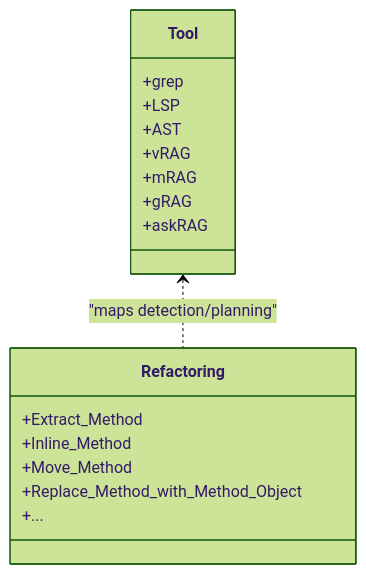
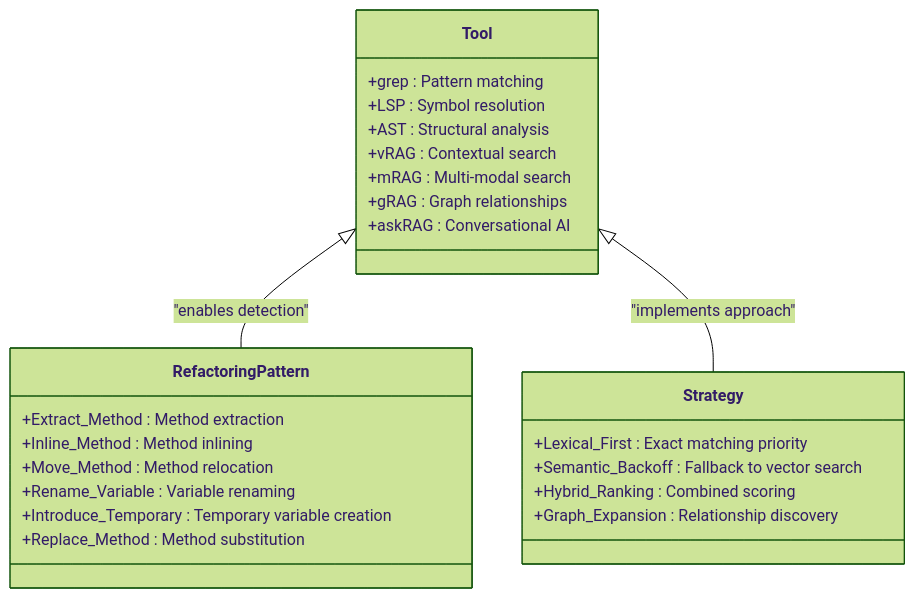
Before and after one commit to NcitDev/ragsystem: the sixth of 8 diagrams in docs/wiki/Reference Materials.md, drawn with Mermaid (forest theme). The commit also changed other lines of this file and 27 other files, not shown here.

````diff
--- a/docs/wiki/Reference Materials.md
+++ b/docs/wiki/Reference Materials.md
@@ -224,20 +308,28 @@
 ```mermaid
 classDiagram
 class Tool {
-+grep
-+LSP
-+AST
-+vRAG
-+mRAG
-+gRAG
-+askRAG
++grep : Pattern matching
++LSP : Symbol resolution
++AST : Structural analysis
++vRAG : Contextual search
++mRAG : Multi-modal search
++gRAG : Graph relationships
++askRAG : Conversational AI
 }
-class Refactoring {
-+Extract_Method
-+Inline_Method
-+Move_Method
-+Replace_Method_with_Method_Object
-+...
+class RefactoringPattern {
++Extract_Method : Method extraction
++Inline_Method : Method inlining
++Move_Method : Method relocation
++Rename_Variable : Variable renaming
++Introduce_Temporary : Temporary variable creation
++Replace_Method : Method substitution
 }
-Tool <.. Refactoring : "maps detection/planning"
+class Strategy {
++Lexical_First : Exact matching priority
++Semantic_Backoff : Fallback to vector search
++Hybrid_Ranking : Combined scoring
++Graph_Expansion : Relationship discovery
+}
+Tool <|-- RefactoringPattern : "enables detection"
+Tool <|-- Strategy : "implements approach"
 ```
````
